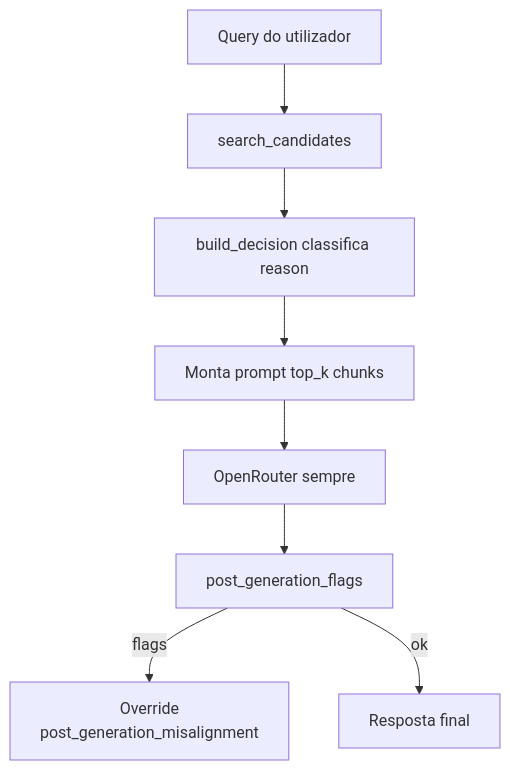
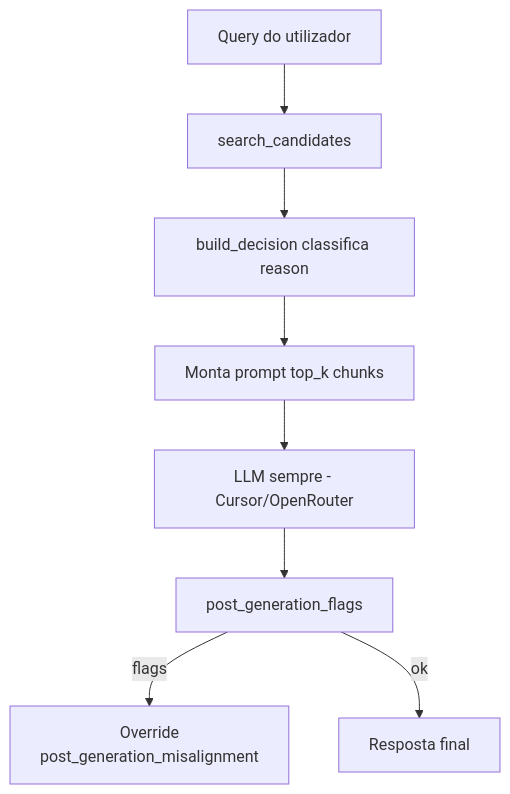
The diagram in docs/wiki/06-gates-e-decisoes.md (GaabDevWeb/KernelBot), drawn with Mermaid before and after one commit. The commit also changed other lines of this file and 28 other files, not shown here.

````diff
--- a/docs/wiki/06-gates-e-decisoes.md
+++ b/docs/wiki/06-gates-e-decisoes.md
@@ -13,10 +13,10 @@
 ```mermaid
 flowchart TD
   Q[Query do utilizador] --> BM25[search_candidates]
   BM25 --> BD[build_decision classifica reason]
   BD --> ASM[Monta prompt top_k chunks]
-  ASM --> LLM[OpenRouter sempre]
+  ASM --> LLM[LLM sempre - Cursor/OpenRouter]
   LLM --> PG[post_generation_flags]
   PG -->|flags| OVR[Override\npost_generation_misalignment]
   PG -->|ok| DONE[Resposta final]
 ```
````
